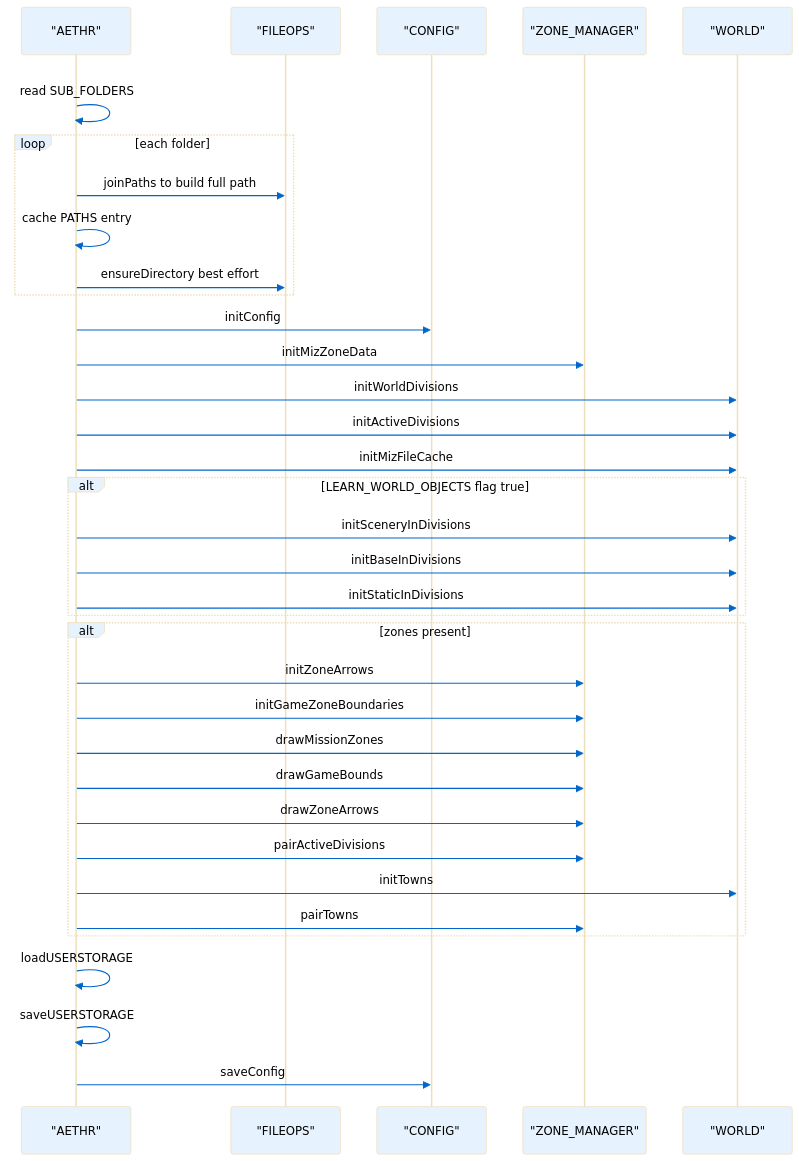
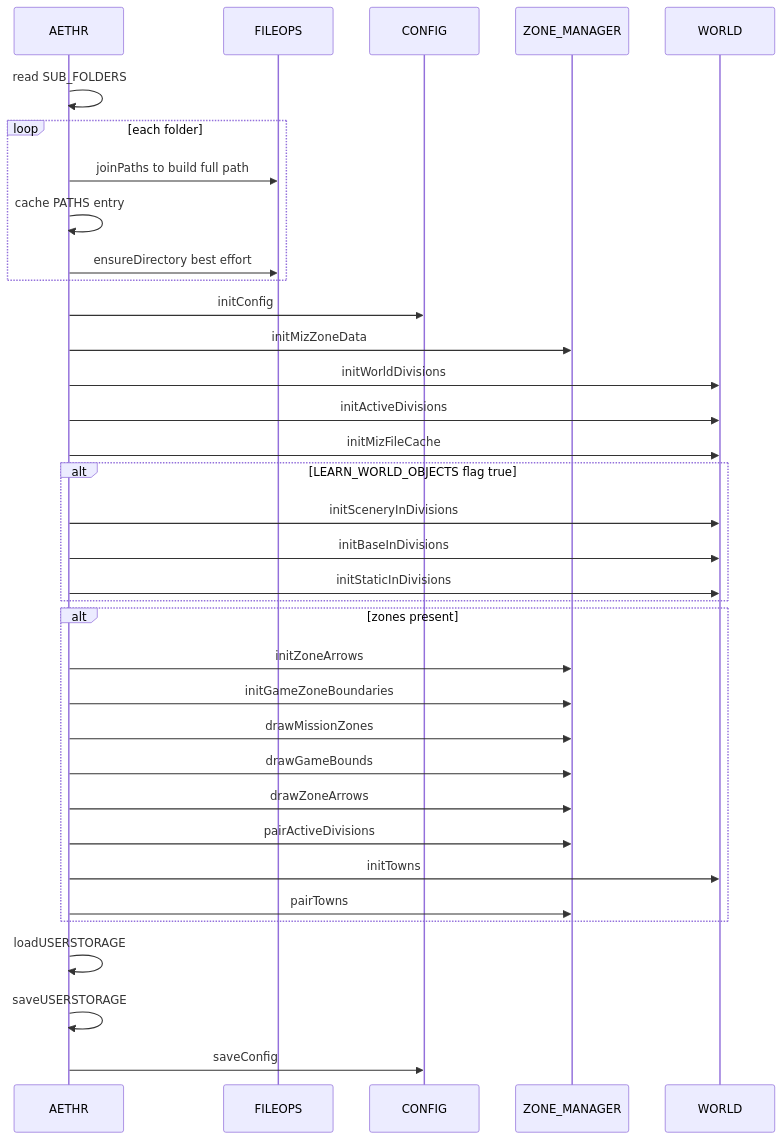
One commit to Gh0st352/AETHR changed the second of 2 diagrams in docs/aethr/init.md. Above: the diagram before and after it, drawn with Mermaid. The commit also changed other lines of this file and 20 other files, not shown here.

First line of the commit message:
docs: unify mermaid themes and clarify module graphs

````diff
--- a/docs/aethr/init.md
+++ b/docs/aethr/init.md
@@ -92,45 +64,43 @@
 ```mermaid
-%%{init: {"theme":"base","themeVariables":{"actorBkg":"#e6f3ff","actorTextColor":"#000000ff","lineColor":"#495057","signalColor":"#0066cc","signalTextColor":"#000000ff","textColor":"#000000ff","fontSize":"14px"}}}%%
+%% shared theme: docs/_mermaid/theme.json %%
 sequenceDiagram
-  participant A as "AETHR"
-  participant F as "FILEOPS"
-  participant C as "CONFIG"
-  participant Z as "ZONE_MANAGER"
-  participant W as "WORLD"
+  participant A as AETHR
+  participant F as FILEOPS
+  participant C as CONFIG
+  participant Z as ZONE_MANAGER
+  participant W as WORLD
 
-  rect rgba(255,255,255,0.75)
-    A->>A: read SUB_FOLDERS
-    loop each folder
-      A->>F: joinPaths to build full path
-      A->>A: cache PATHS entry
-      A->>F: ensureDirectory best effort
-    end
+  A->>A: read SUB_FOLDERS
+  loop each folder
+    A->>F: joinPaths to build full path
+    A->>A: cache PATHS entry
+    A->>F: ensureDirectory best effort
+  end
 
-    A->>C: initConfig
-    A->>Z: initMizZoneData
-    A->>W: initWorldDivisions
-    A->>W: initActiveDivisions
-    A->>W: initMizFileCache
+  A->>C: initConfig
+  A->>Z: initMizZoneData
+  A->>W: initWorldDivisions
+  A->>W: initActiveDivisions
+  A->>W: initMizFileCache
 
-    alt LEARN_WORLD_OBJECTS flag true
-      A->>W: initSceneryInDivisions
-      A->>W: initBaseInDivisions
-      A->>W: initStaticInDivisions
-    end
+  alt LEARN_WORLD_OBJECTS flag true
+    A->>W: initSceneryInDivisions
+    A->>W: initBaseInDivisions
+    A->>W: initStaticInDivisions
+  end
 
-    alt zones present
-      A->>Z: initZoneArrows
-      A->>Z: initGameZoneBoundaries
-      A->>Z: drawMissionZones
-      A->>Z: drawGameBounds
-      A->>Z: drawZoneArrows
-      A->>Z: pairActiveDivisions
-      A->>W: initTowns
-      A->>Z: pairTowns
-    end
+  alt zones present
+    A->>Z: initZoneArrows
+    A->>Z: initGameZoneBoundaries
+    A->>Z: drawMissionZones
+    A->>Z: drawGameBounds
+    A->>Z: drawZoneArrows
+    A->>Z: pairActiveDivisions
+    A->>W: initTowns
+    A->>Z: pairTowns
+  end
 
-    A->>A: loadUSERSTORAGE
-    A->>A: saveUSERSTORAGE
-    A->>C: saveConfig
-  end
+  A->>A: loadUSERSTORAGE
+  A->>A: saveUSERSTORAGE
+  A->>C: saveConfig
 ```
````
